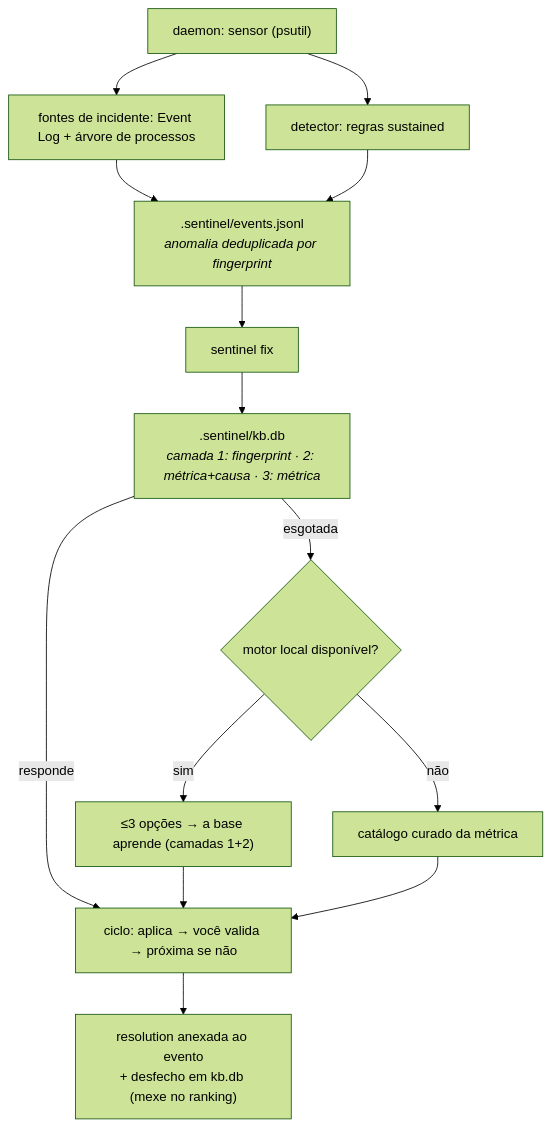
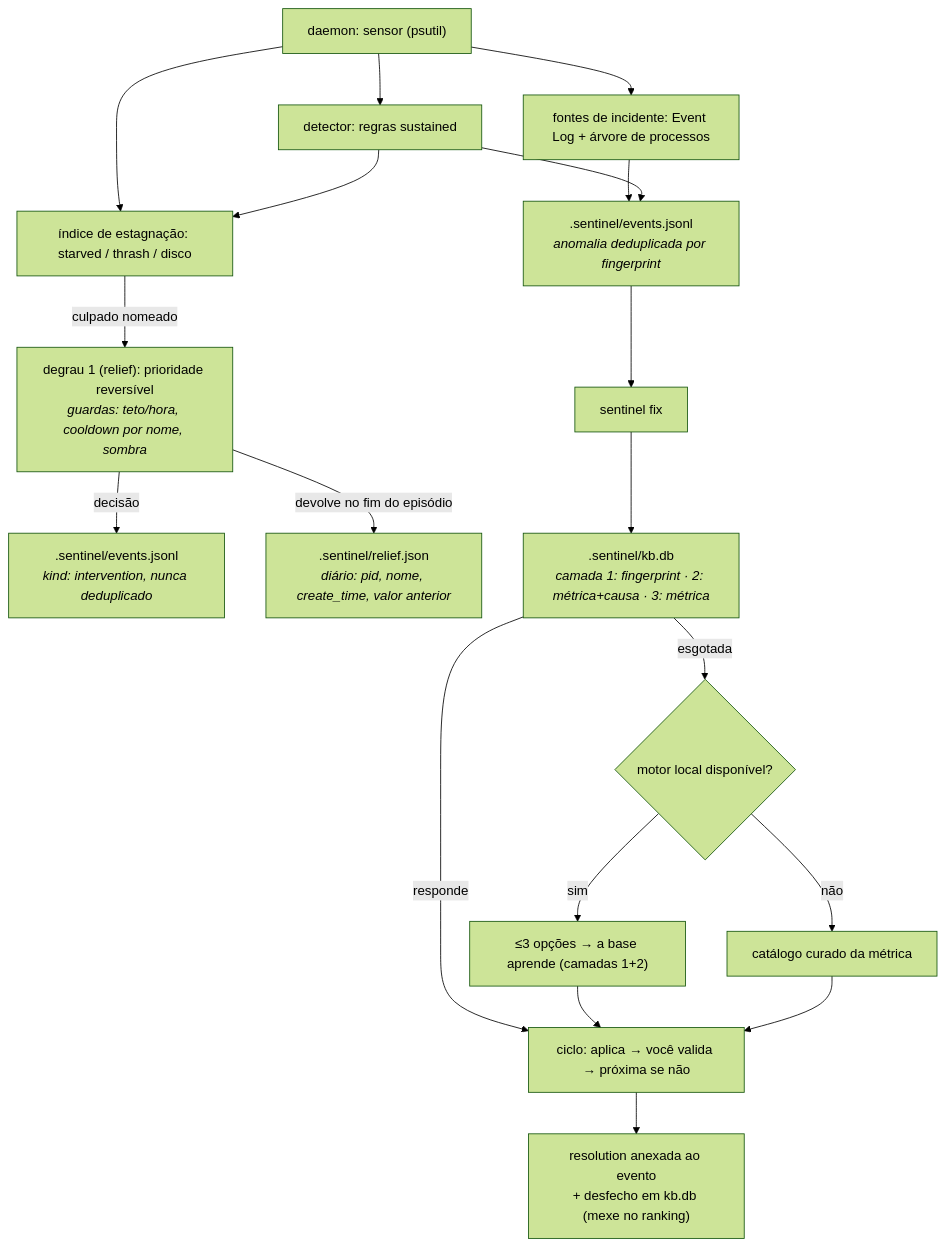
Before and after one commit to theroverse/sentinel: the diagram in README.md, drawn with Mermaid (forest theme). The commit also changed other lines of this file and 13 other files, not shown here.

````diff
--- a/README.md
+++ b/README.md
@@ -132,16 +135,21 @@
 ```mermaid
 flowchart TD
     A["daemon: sensor (psutil)"] --> B["detector: regras sustained"]
     A --> A2["fontes de incidente: Event Log + árvore de processos"]
     A2 --> C
+    A --> S["índice de estagnação: starved / thrash / disco"]
+    B --> S
+    S -->|"culpado nomeado"| R["degrau 1 (relief): prioridade reversível<br/><i>guardas: teto/hora, cooldown por nome, sombra</i>"]
+    R -->|decisão| V[".sentinel/events.jsonl<br/><i>kind: intervention, nunca deduplicado</i>"]
+    R -->|"devolve no fim do episódio"| J[".sentinel/relief.json<br/><i>diário: pid, nome, create_time, valor anterior</i>"]
     B --> C[".sentinel/events.jsonl<br/><i>anomalia deduplicada por fingerprint</i>"]
     C --> D["sentinel fix"]
     D --> K[".sentinel/kb.db<br/><i>camada 1: fingerprint · 2: métrica+causa · 3: métrica</i>"]
     K -- "responde" --> H
     K -- "esgotada" --> E{motor local disponível?}
     E -- sim --> F["≤3 opções → a base aprende (camadas 1+2)"]
     E -- não --> G["catálogo curado da métrica"]
     F --> H["ciclo: aplica → você valida → próxima se não"]
     G --> H
     H --> I["resolution anexada ao evento<br/>+ desfecho em kb.db (mexe no ranking)"]
 ```
````
